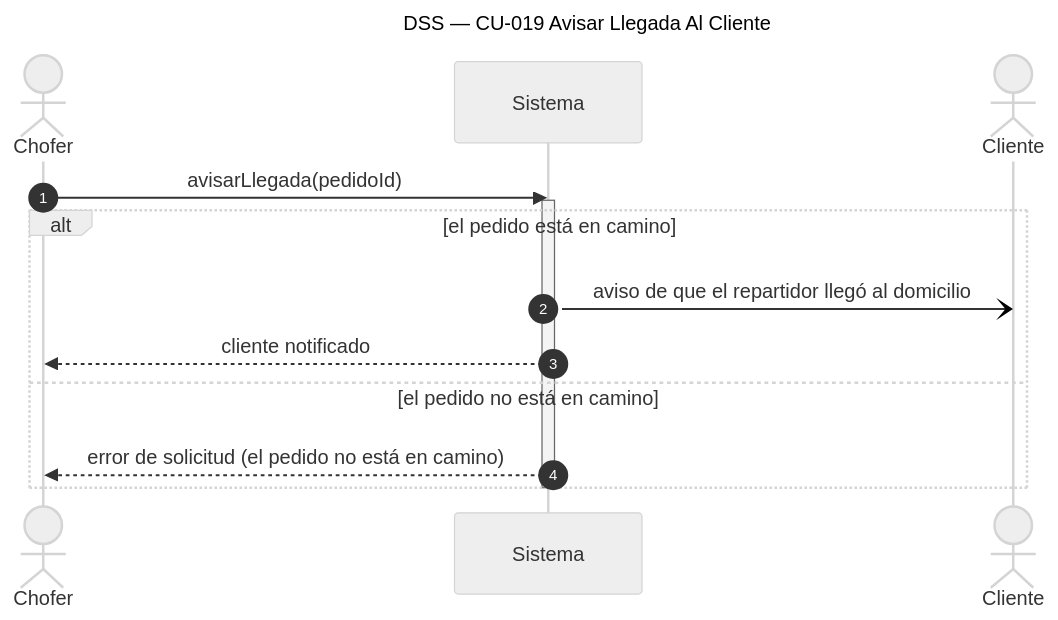
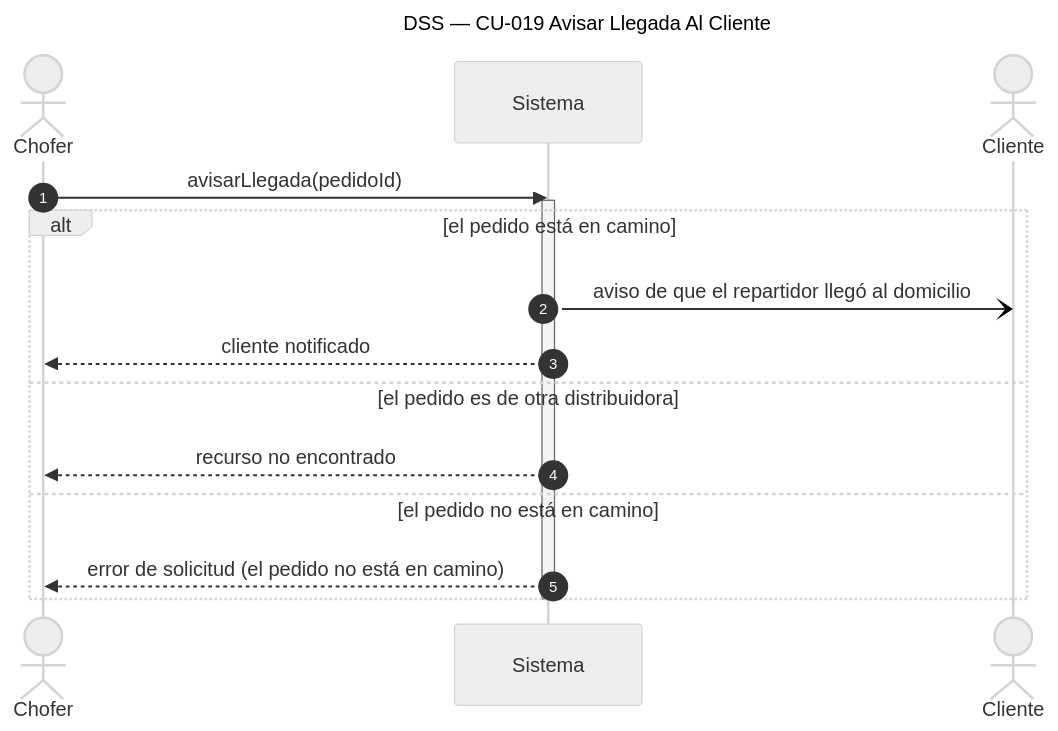
The diagram in diagramas/DSS_CU-019_Avisar-Llegada-Al-Cliente.mmd (Nahuelito-Dev/splg-docs), drawn with Mermaid (neutral theme) before and after one commit. The commit also changed 20 other files, not shown here.

```diff
--- a/diagramas/DSS_CU-019_Avisar-Llegada-Al-Cliente.mmd
+++ b/diagramas/DSS_CU-019_Avisar-Llegada-Al-Cliente.mmd
@@ -1,16 +1,18 @@
 sequenceDiagram
     title DSS — CU-019 Avisar Llegada Al Cliente
     autonumber
     actor CHO as Chofer
     participant SIS as Sistema
     actor CLI as Cliente
 
     CHO->>SIS: avisarLlegada(pedidoId)
     activate SIS
     alt el pedido está en camino
         SIS-)CLI: aviso de que el repartidor llegó al domicilio
         SIS-->>CHO: cliente notificado
+    else el pedido es de otra distribuidora
+        SIS-->>CHO: recurso no encontrado
     else el pedido no está en camino
         SIS-->>CHO: error de solicitud (el pedido no está en camino)
     end
     deactivate SIS
```
